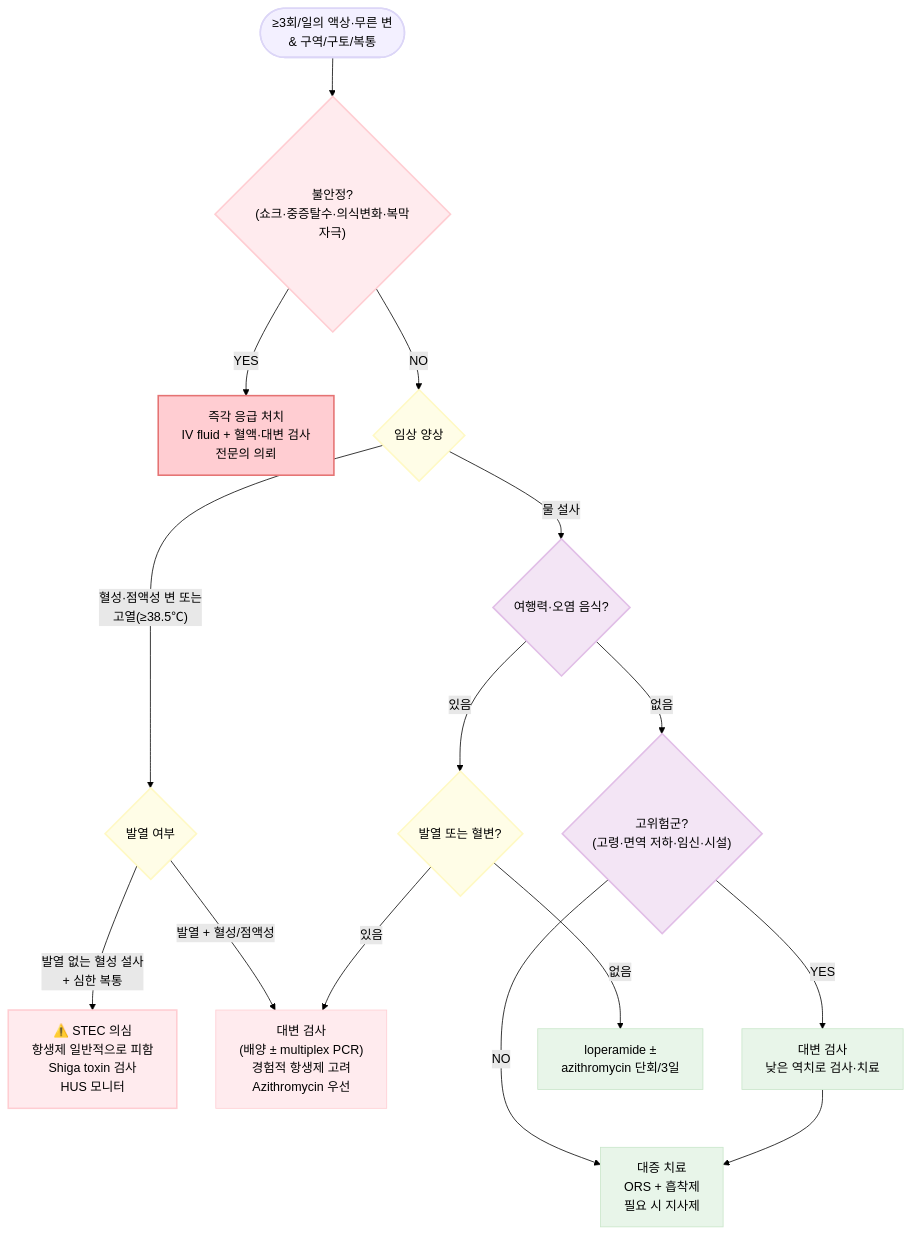
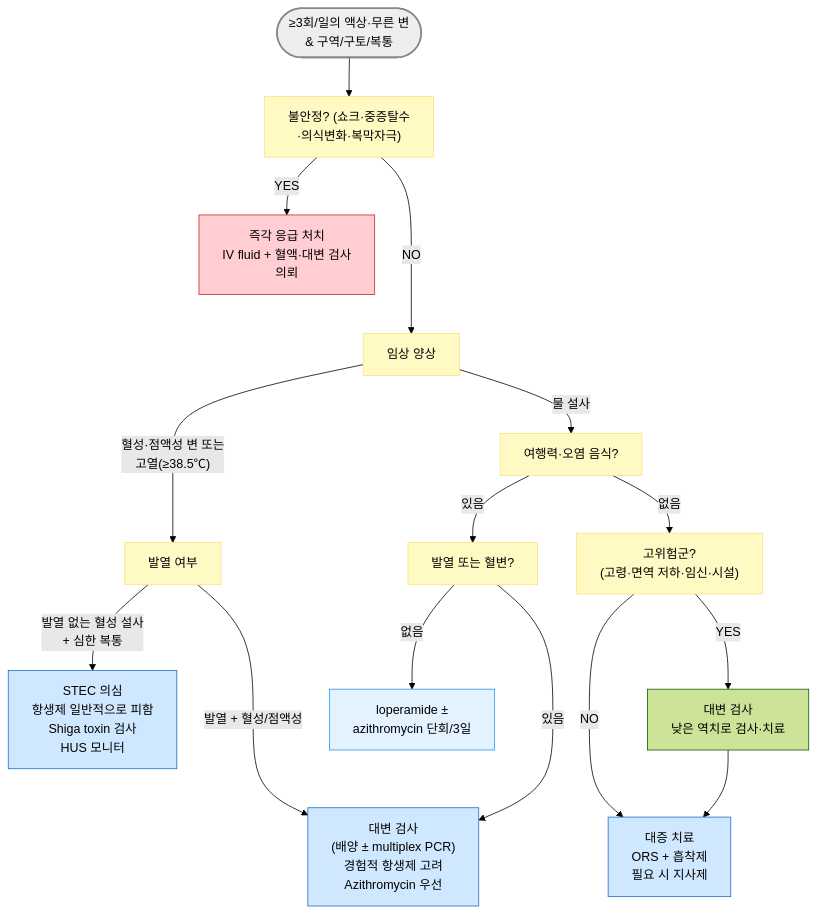
One commit to familyoh77/familyoh77 changed the diagram in 224_/085_-acute-infectious-diarrhea.md. Above: the diagram before and after it, drawn with Mermaid (forest theme). The commit also changed other lines of this file, not shown here.

````diff
--- a/224_/085_-acute-infectious-diarrhea.md
+++ b/224_/085_-acute-infectious-diarrhea.md
@@ -184,39 +184,30 @@
 ```mermaid
 graph TD
-    Start(["≥3회/일의 액상·무른 변\n& 구역/구토/복통"])
+    Start(["≥3회/일의 액상·무른 변<br/>& 구역/구토/복통"])
+    Start --> Unstable["불안정? (쇼크·중증탈수<br/>·의식변화·복막자극)"]
+    Unstable -- "YES" --> ER["즉각 응급 처치<br/>IV fluid + 혈액·대변 검사<br/>의뢰"]
+    Unstable -- "NO" ---> Symptom["임상 양상"]
+    Symptom -- "혈성·점액성 변 또는<br/>고열(≥38.5℃)" --> BloodFever["발열 여부"]
+    BloodFever -- "발열 없는 혈성 설사<br/>+ 심한 복통" --> STEC["STEC 의심<br/>항생제 일반적으로 피함<br/>Shiga toxin 검사<br/>HUS 모니터"]
+    BloodFever -- "발열 + 혈성/점액성" ---> 
+    EmpiricAtb["대변 검사<br/>(배양 ± multiplex PCR)<br/>경험적 항생제 고려<br/>Azithromycin 우선"]
+    Symptom -- "물 설사" --> Travel["여행력·오염 음식?"]
+    Travel -- "없음" --> Host["고위험군?<br/>(고령·면역 저하·임신·시설)"]
+    Host -- "YES" --> StoolExam["대변 검사<br/>낮은 역치로 검사·치료"]
 
-    Start --> Unstable{"불안정?\n(쇼크·중증탈수·의식변화·복막자극)"}
-    Unstable -- "YES" --> ER["즉각 응급 처치\nIV fluid + 혈액·대변 검사\n전문의 의뢰"]
+    Host -- "NO" --> Watery["대증 치료<br/>ORS + 흡착제<br/>필요 시 지사제"]
+    Travel -- "있음" --> TravelFever["발열 또는 혈변?"]
 
-    Unstable -- "NO" --> Symptom{"임상 양상"}
-
-    Symptom -- "혈성·점액성 변 또는\n고열(≥38.5℃)" --> BloodFever{"발열 여부"}
-    BloodFever -- "발열 없는 혈성 설사\n+ 심한 복통" --> STEC["⚠️ STEC 의심\n항생제 일반적으로 피함\nShiga toxin 검사\nHUS 모니터"]
-    BloodFever -- "발열 + 혈성/점액성" --> EmpiricAtb["대변 검사\n(배양 ± multiplex PCR)\n경험적 항생제 고려\nAzithromycin 우선"]
-
-    Symptom -- "물 설사" --> Travel{"여행력·오염 음식?"}
-
-    Travel -- "없음" --> Host{"고위험군?\n(고령·면역 저하·임신·시설)"}
-    Host -- "YES" --> StoolExam["대변 검사\n낮은 역치로 검사·치료"]
-    Host -- "NO" --> Watery["대증 치료\nORS + 흡착제\n필요 시 지사제"]
-
-    Travel -- "있음" --> TravelFever{"발열 또는 혈변?"}
-    TravelFever -- "없음" --> TravelMild["loperamide ±\nazithromycin 단회/3일"]
-    TravelFever -- "있음" --> EmpiricAtb
-
+    TravelFever -- "있음" ---> EmpiricAtb
+    TravelFever -- "없음" --> TravelMild["loperamide ±<br/>azithromycin 단회/3일"]
     StoolExam --> Watery
 
-    style Start fill:#f3f0ff,stroke:#dcd6f7,stroke-width:2px
-    style Unstable fill:#ffebee,stroke:#ffcdd2,stroke-width:2px
-    style ER fill:#ffcdd2,stroke:#e57373,stroke-width:2px
-    style BloodFever fill:#fffde7,stroke:#fff9c4,stroke-width:2px
-    style Symptom fill:#fffde7,stroke:#fff9c4,stroke-width:2px
-    style Travel fill:#f3e5f5,stroke:#e1bee7,stroke-width:2px
-    style Host fill:#f3e5f5,stroke:#e1bee7,stroke-width:2px
-    style TravelFever fill:#fffde7,stroke:#fff9c4,stroke-width:2px
-    style STEC fill:#ffebee,stroke:#ffcdd2,stroke-width:2px
-    style EmpiricAtb fill:#ffebee,stroke:#ffcdd2,stroke-width:1px
-    style StoolExam fill:#e8f5e9,stroke:#c8e6c9,stroke-width:1px
-    style Watery fill:#e8f5e9,stroke:#c8e6c9,stroke-width:1px
-    style TravelMild fill:#e8f5e9,stroke:#c8e6c9,stroke-width:1px
+style Start fill:#eeeeee,stroke:#888888,stroke-width:2px
+classDef yellow fill:#fff9c4,stroke:#ffe082
+class Unstable,Symptom,BloodFever,Travel,Host,TravelFever yellow
+style ER fill:#ffcdd2,stroke:#c62828
+classDef sky fill:#e3f2ff,stroke:#2196f3
+class TravelMild sky
+classDef blue fill:#d0e8ff,stroke:#1a6abf
+class STEC,EmpiricAtb,Watery blue
 ```
````
